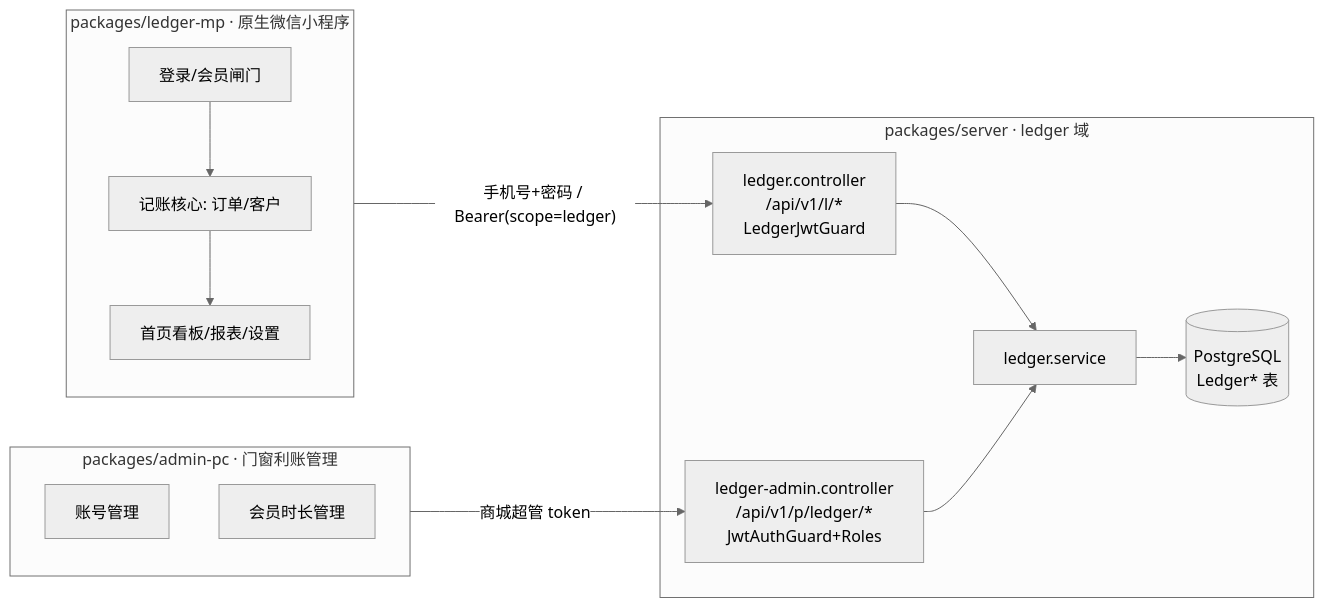
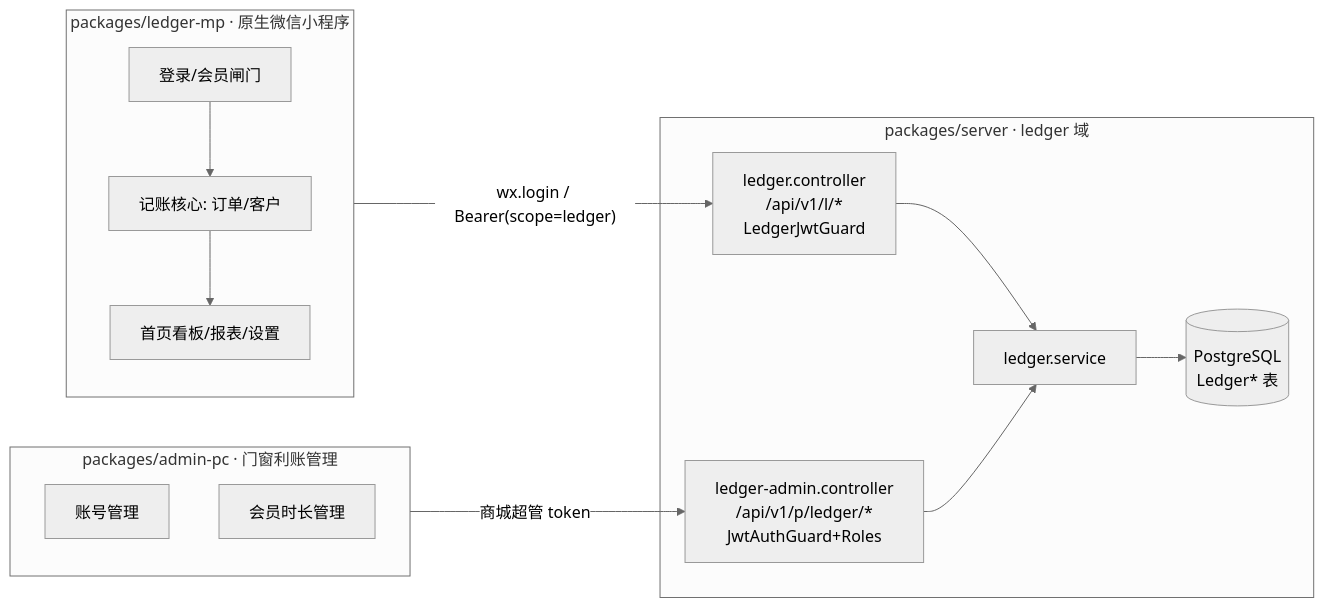
Before and after one commit to Xujiache/shangcheng-5.12: the first of 2 diagrams in docs/门窗利账/DESIGN_门窗利账.md, drawn with Mermaid (neutral theme). The commit also changed other lines of this file and 99 other files, not shown here.

````diff
--- a/docs/门窗利账/DESIGN_门窗利账.md
+++ b/docs/门窗利账/DESIGN_门窗利账.md
@@ -7,21 +7,21 @@
 ```mermaid
 flowchart LR
   subgraph MP[packages/ledger-mp · 原生微信小程序]
     L1[登录/会员闸门] --> L2[记账核心: 订单/客户]
     L2 --> L3[首页看板/报表/设置]
   end
   subgraph ADM[packages/admin-pc · 门窗利账管理]
     A1[账号管理]
     A2[会员时长管理]
   end
   subgraph SRV[packages/server · ledger 域]
     C1[ledger.controller\n/api/v1/l/*\nLedgerJwtGuard]
     C2[ledger-admin.controller\n/api/v1/p/ledger/*\nJwtAuthGuard+Roles]
     S[ledger.service]
     C1 --> S
     C2 --> S
     S --> DB[(PostgreSQL\nLedger* 表)]
   end
-  MP -- 手机号+密码 / Bearer(scope=ledger) --> C1
+  MP -- wx.login / Bearer(scope=ledger) --> C1
   ADM -- 商城超管 token --> C2
 ```
````
